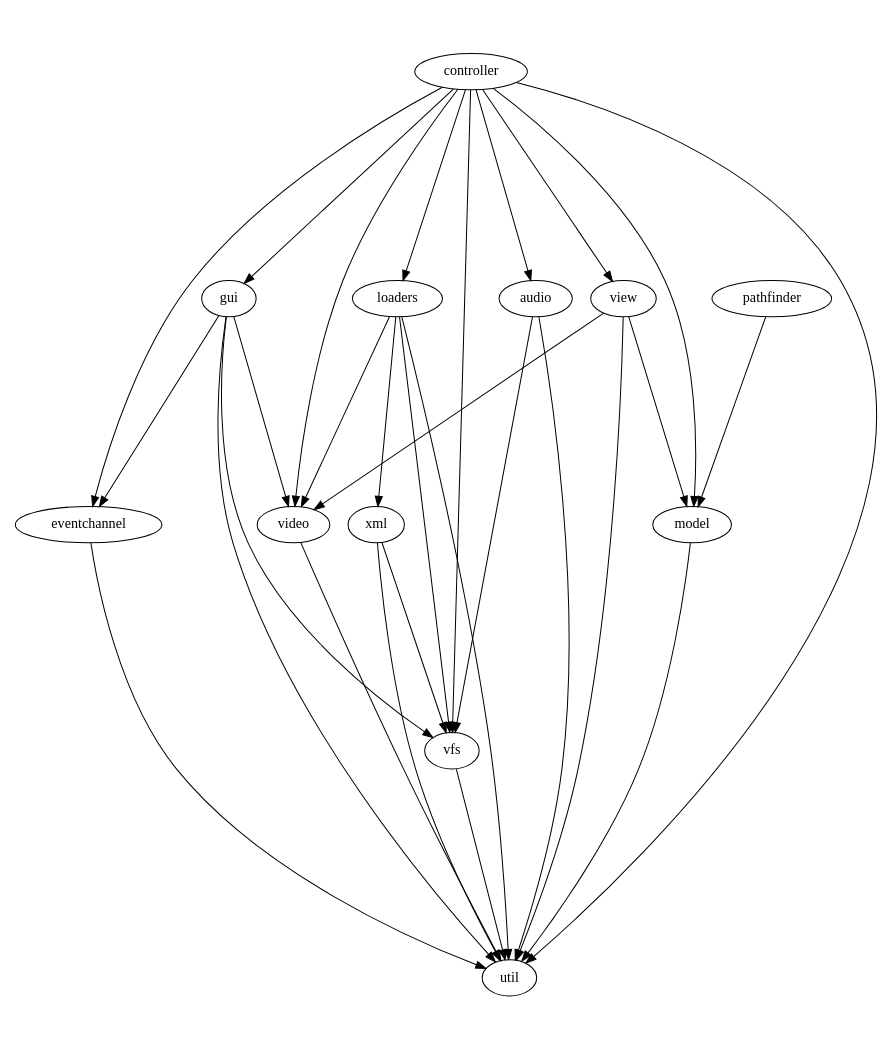
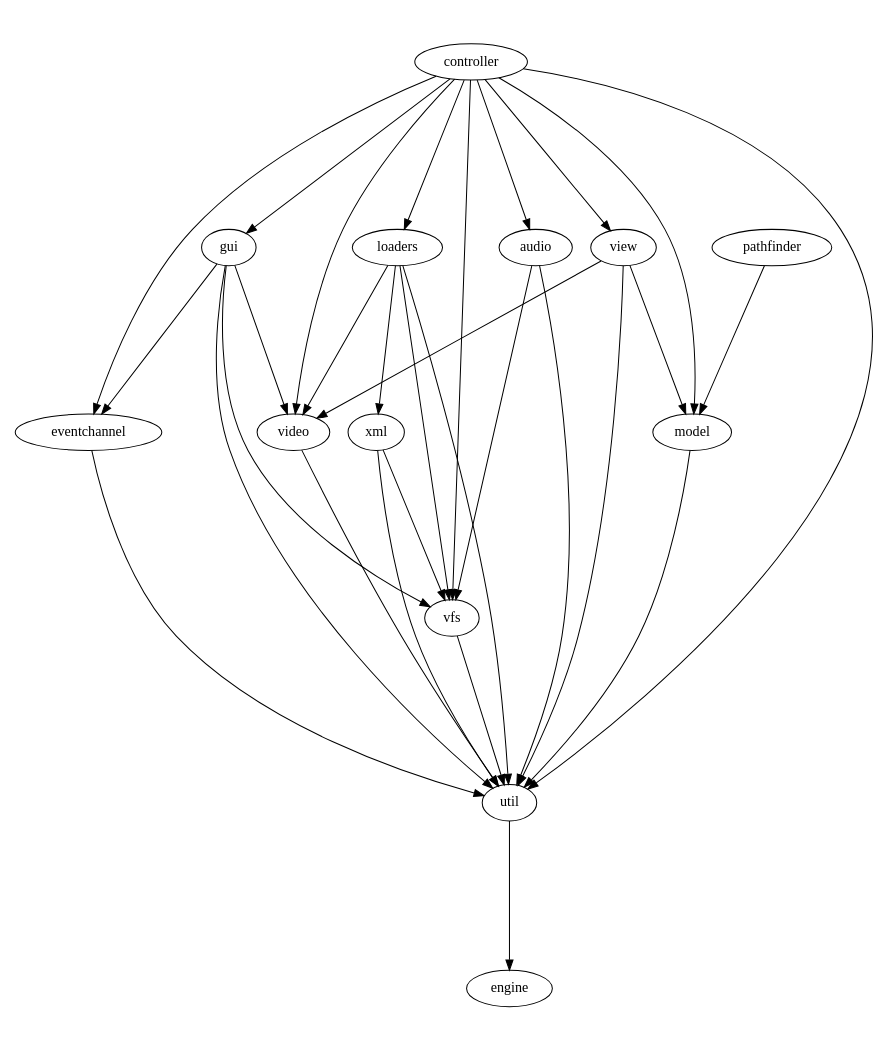
One commit to fifengine/fifengine changed the diagram in doc/dependencies/moduledeps.dot. Above: the diagram before and after it, drawn with Graphviz. The commit also changed 15 other files, not shown here.

```diff
--- a/doc/dependencies/moduledeps.dot
+++ b/doc/dependencies/moduledeps.dot
@@ -1,37 +1,38 @@
 digraph "source tree" {
     overlap=scale;
     size="8,10";
     ratio="fill";
     fontsize="16";
     fontname="Helvetica";
     clusterrank="local";
     "audio" -> "util"
     "audio" -> "vfs"
     "controller" -> "audio"
     "controller" -> "eventchannel"
     "controller" -> "gui"
     "controller" -> "loaders"
     "controller" -> "model"
     "controller" -> "util"
     "controller" -> "vfs"
     "controller" -> "video"
     "controller" -> "view"
     "eventchannel" -> "util"
     "gui" -> "eventchannel"
     "gui" -> "util"
     "gui" -> "vfs"
     "gui" -> "video"
     "loaders" -> "util"
     "loaders" -> "vfs"
     "loaders" -> "video"
     "loaders" -> "xml"
     "model" -> "util"
     "pathfinder" -> "model"
+    "util" -> "engine"
     "vfs" -> "util"
     "video" -> "util"
     "view" -> "model"
     "view" -> "util"
     "view" -> "video"
     "xml" -> "util"
     "xml" -> "vfs"
 }
```
